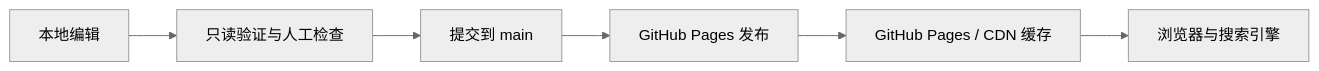
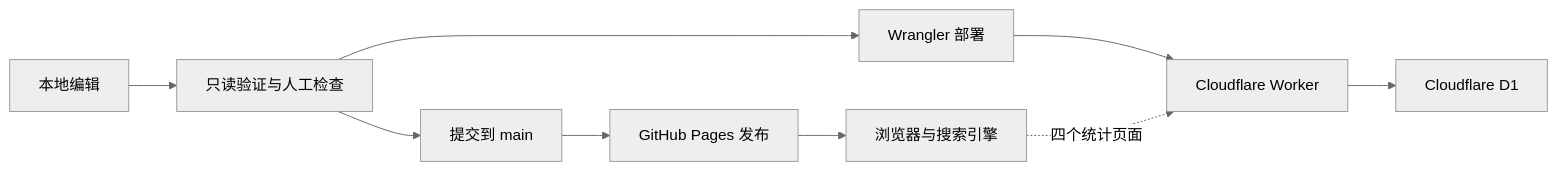
One commit to Yan-ShiBo/Yan-ShiBo.github.io changed the fifth of 5 diagrams in docs/architecture.md. Above: the diagram before and after it, drawn with Mermaid (neutral theme). The commit also changed other lines of this file and 21 other files, not shown here.

````diff
--- a/docs/architecture.md
+++ b/docs/architecture.md
@@ -315,8 +327,11 @@
 ```mermaid
 flowchart LR
     Edit["本地编辑"] --> Validate["只读验证与人工检查"]
     Validate --> Commit["提交到 main"]
     Commit --> Pages["GitHub Pages 发布"]
-    Pages --> CDN["GitHub Pages / CDN 缓存"]
-    CDN --> Browser["浏览器与搜索引擎"]
+    Pages --> Browser["浏览器与搜索引擎"]
+    Validate --> WorkerDeploy["Wrangler 部署"]
+    WorkerDeploy --> Worker["Cloudflare Worker"]
+    Worker --> D1["Cloudflare D1"]
+    Browser -. "四个统计页面" .-> Worker
 ```
````
